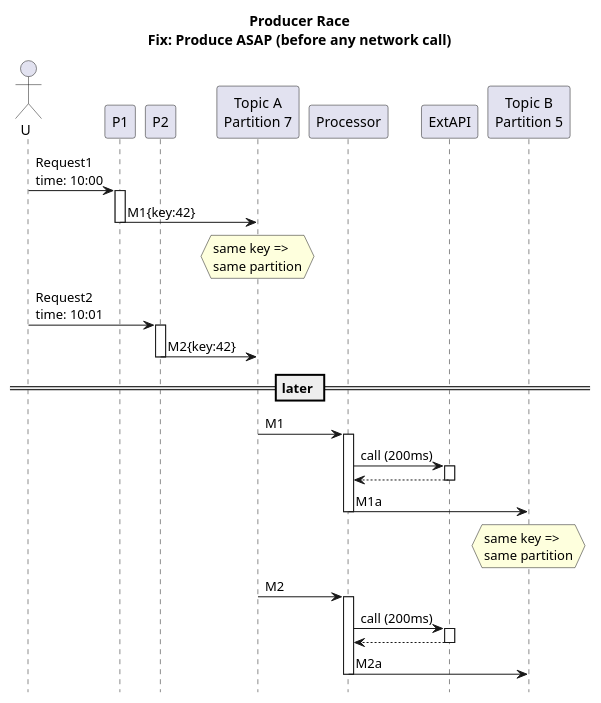
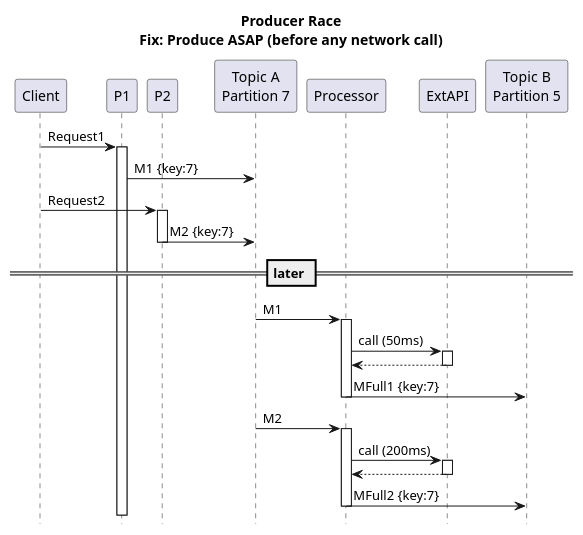
One commit to victorrentea/kafka changed the diagram in patterns/2_order_p_[fix]kafka_produce_asap.puml. Above: the diagram before and after it, drawn with PlantUML. The commit also changed 43 other files, not shown here.

```diff
--- a/patterns/2_order_p_[fix]kafka_produce_asap.puml
+++ b/patterns/2_order_p_[fix]kafka_produce_asap.puml
@@ -1,27 +1,27 @@
 @startuml
 title Producer Race\nFix: Produce ASAP (before any network call)
 hide footbox
-actor U
+participant Client
 participant P1
 participant P2
 participant "Topic A\nPartition 7" as TA_P7
 participant "Topic B\nPartition 5" as TB_P5 order 10
 
-U->P1++: Request1\ntime: 10:00
-TA_P7<-P1--:M1{key:42}
-hnote over TA_P7: same key =>\nsame partition
-U->P2++: Request2\ntime: 10:01
-TA_P7<-P2--:M2{key:42}
+Client->P1++: Request1
+TA_P7<-P1: M1 {key:7}
+'Client<--P1--:202 Accepted
+Client->P2++: Request2
+P2->TA_P7: M2 {key:7}
+P2--
 
 == later ==
 TA_P7->Processor++:M1
-Processor->ExtAPI++:call (200ms)
+Processor->ExtAPI++:call (50ms)
 Processor<--ExtAPI--
-TB_P5<-Processor--:M1a
+TB_P5<-Processor--:MFull1 {key:7}
 
-hnote over TB_P5: same key =>\nsame partition
 TA_P7->Processor++:M2
 Processor->ExtAPI++:call (200ms)
 Processor<--ExtAPI--
-TB_P5<-Processor--:M2a
+TB_P5<-Processor--:MFull2 {key:7}
 @enduml
```
